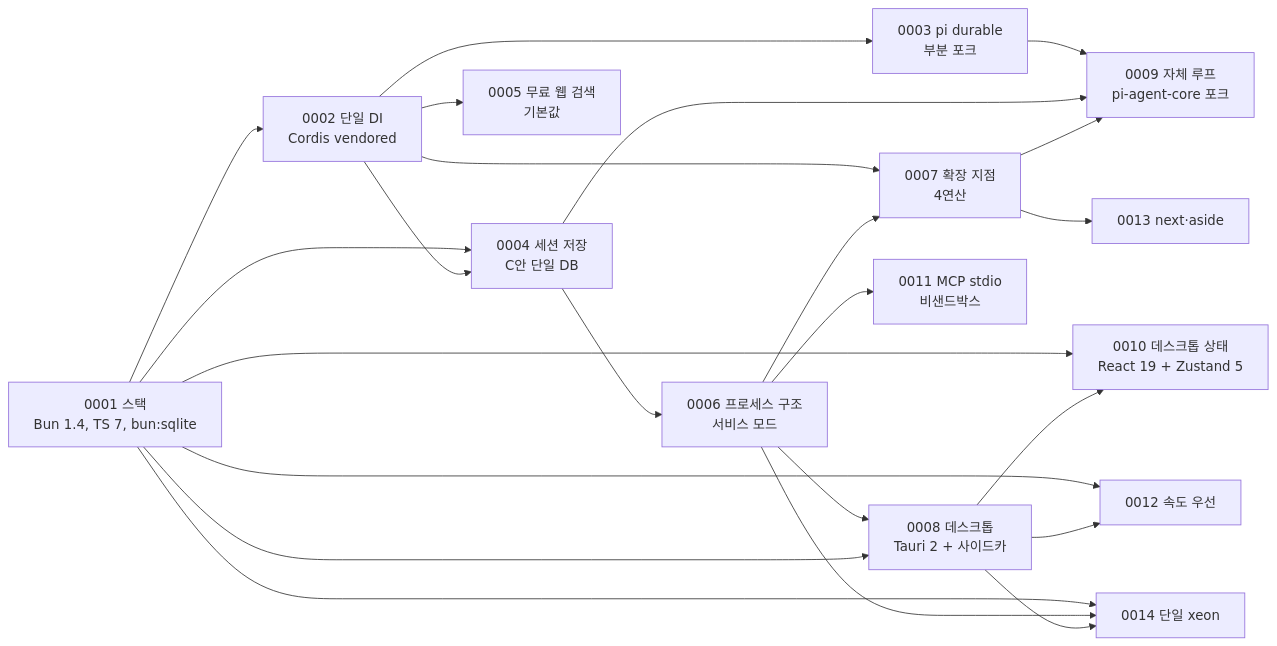
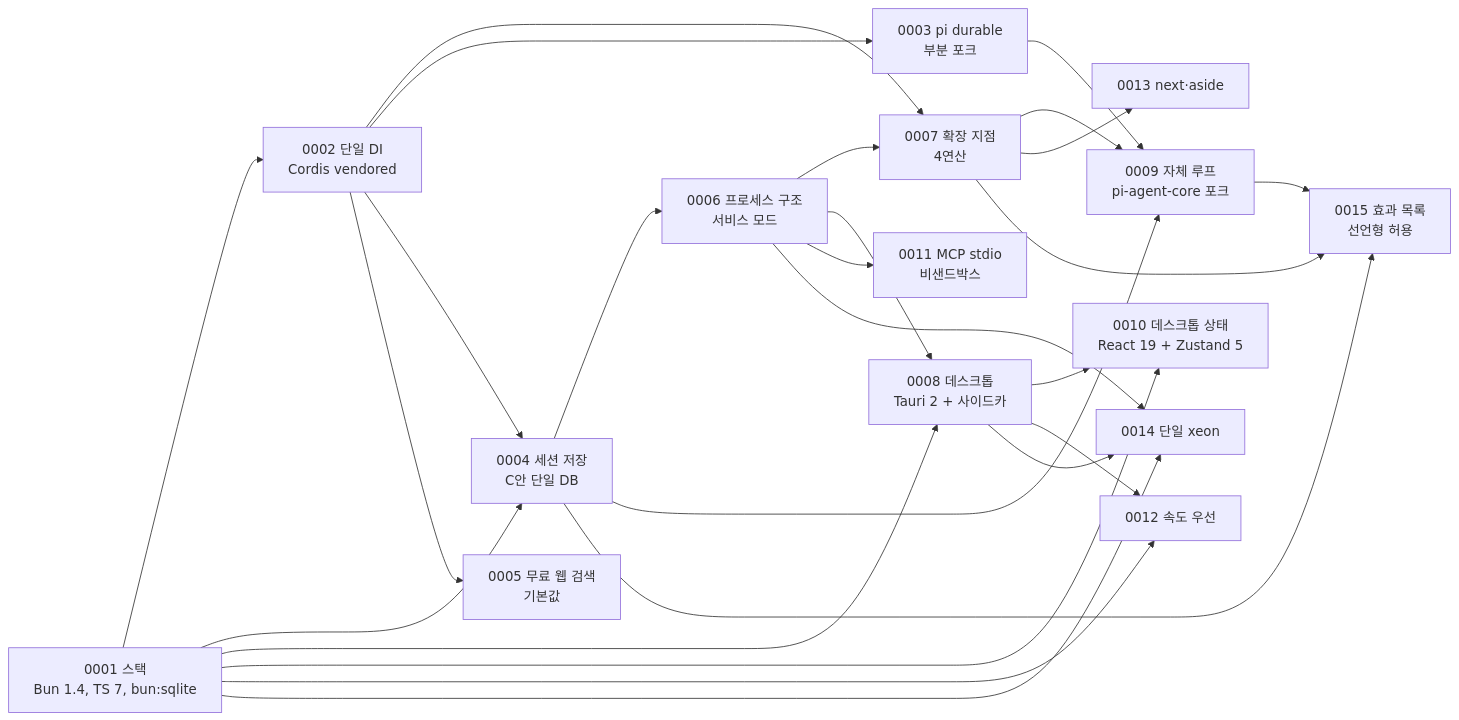
Before and after one commit to Rengod95/Helm-Agent_Docs_OS: the diagram in docs/xeon/decisions/README.md, drawn with Mermaid. The commit also changed other lines of this file and 2 other files, not shown here.

First line of the commit message:
docs(xeon): ADR-0015 재실행 효과 목록 선언형 허용(C안)을 기록하고 후속 작업 상태를 적는다 (M3 설계)

````diff
--- a/docs/xeon/decisions/README.md
+++ b/docs/xeon/decisions/README.md
@@ -98,40 +99,44 @@
 ```mermaid
 flowchart LR
   A1["0001 스택<br/>Bun 1.4, TS 7, bun:sqlite"]
   A2["0002 단일 DI<br/>Cordis vendored"]
   A3["0003 pi durable<br/>부분 포크"]
   A4["0004 세션 저장<br/>C안 단일 DB"]
   A5["0005 무료 웹 검색<br/>기본값"]
   A6["0006 프로세스 구조<br/>서비스 모드"]
   A7["0007 확장 지점<br/>4연산"]
   A8["0008 데스크톱<br/>Tauri 2 + 사이드카"]
   A9["0009 자체 루프<br/>pi-agent-core 포크"]
   A10["0010 데스크톱 상태<br/>React 19 + Zustand 5"]
   A11["0011 MCP stdio<br/>비샌드박스"]
   A12["0012 속도 우선"]
   A13["0013 next·aside"]
   A14["0014 단일 xeon"]
+  A15["0015 효과 목록<br/>선언형 허용"]
 
   A1 --> A2
   A2 --> A7
   A2 --> A3
   A1 --> A4
   A2 --> A4
   A2 --> A5
   A4 --> A6
   A6 --> A7
   A6 --> A8
   A1 --> A8
   A3 --> A9
   A4 --> A9
   A7 --> A9
   A1 --> A10
   A8 --> A10
   A6 --> A11
   A1 --> A12
   A8 --> A12
   A7 --> A13
   A1 --> A14
   A6 --> A14
   A8 --> A14
+  A4 --> A15
+  A7 --> A15
+  A9 --> A15
 ```
````
